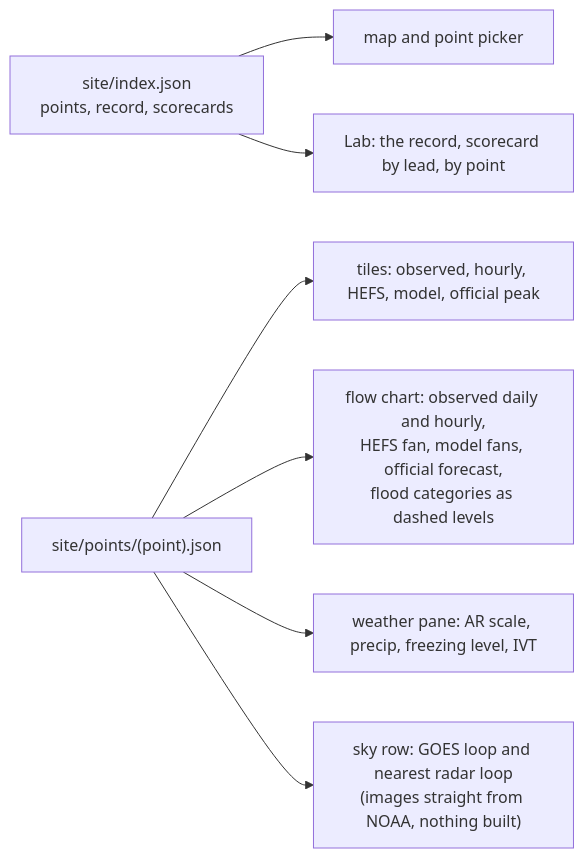
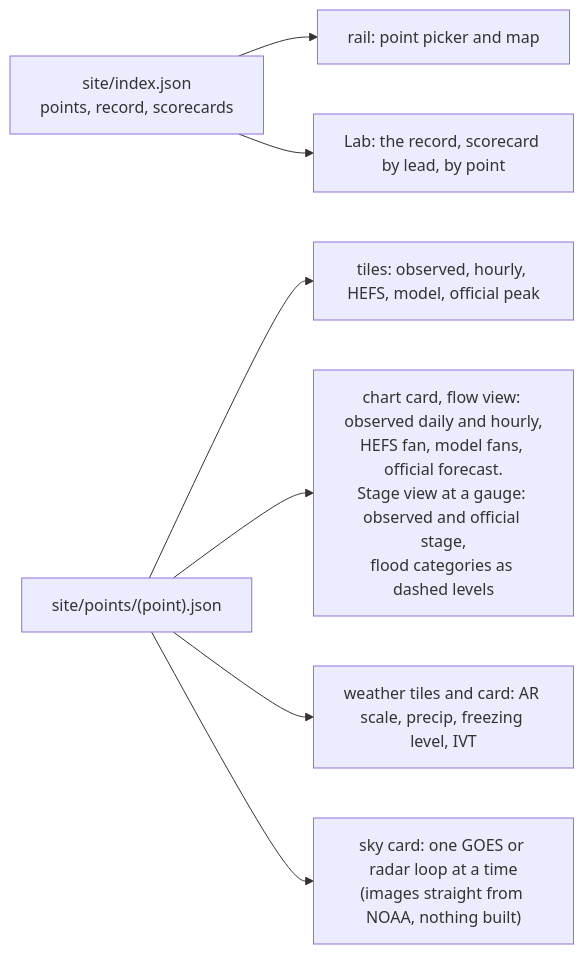
The fourth of 4 diagrams in docs/ARCHITECTURE.md (sotarolab/hapi), drawn with Mermaid before and after one commit. The commit also changed other lines of this file and 6 other files, not shown here.

First line of the commit message:
Check incoming forecast files against the contract and read the model manifest

````diff
--- a/docs/ARCHITECTURE.md
+++ b/docs/ARCHITECTURE.md
@@ -103,9 +103,9 @@
 ```mermaid
 flowchart LR
-  IDX["site/index.json<br/>points, record, scorecards"] --> MAP["map and point picker"]
+  IDX["site/index.json<br/>points, record, scorecards"] --> MAP["rail: point picker and map"]
   IDX --> LAB["Lab: the record, scorecard by lead, by point"]
   PT["site/points/(point).json"] --> TILES["tiles: observed, hourly, HEFS, model, official peak"]
-  PT --> CHART["flow chart: observed daily and hourly,<br/>HEFS fan, model fans, official forecast,<br/>flood categories as dashed levels"]
-  PT --> WX["weather pane: AR scale, precip, freezing level, IVT"]
-  PT --> SKY["sky row: GOES loop and nearest radar loop<br/>(images straight from NOAA, nothing built)"]
+  PT --> CHART["chart card, flow view: observed daily and hourly,<br/>HEFS fan, model fans, official forecast.<br/>Stage view at a gauge: observed and official stage,<br/>flood categories as dashed levels"]
+  PT --> WX["weather tiles and card: AR scale, precip, freezing level, IVT"]
+  PT --> SKY["sky card: one GOES or radar loop at a time<br/>(images straight from NOAA, nothing built)"]
 ```
````
